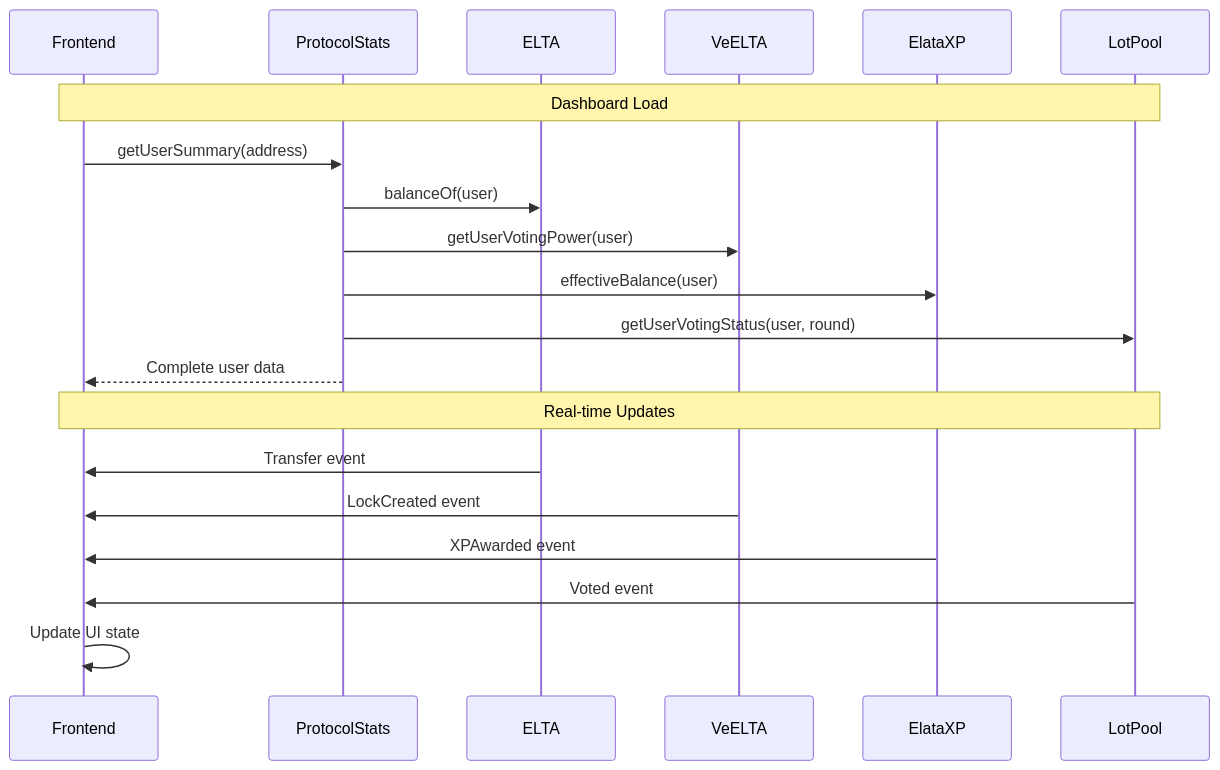
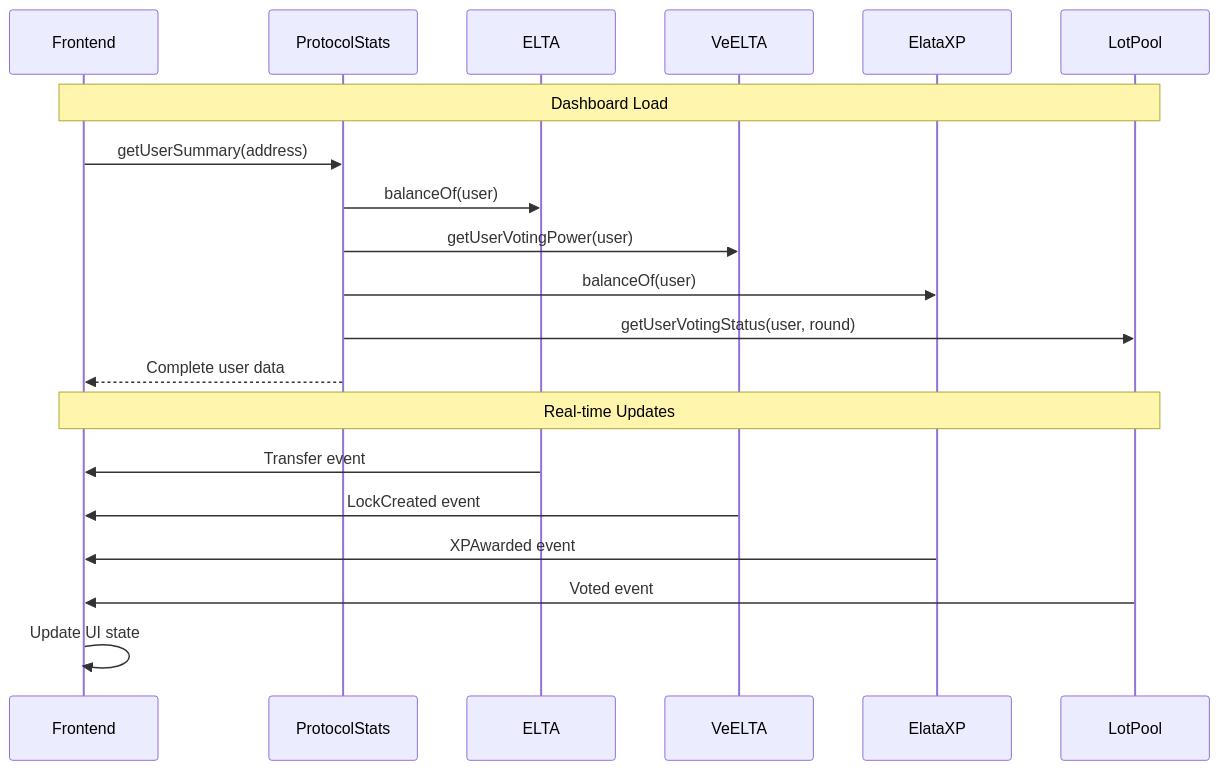
One commit to Elata-Biosciences/elata-protocol changed the eighth of 22 diagrams in docs/ARCHITECTURE.md. Above: the diagram before and after it, drawn with Mermaid. The commit also changed other lines of this file and 10 other files, not shown here.

````diff
--- a/docs/ARCHITECTURE.md
+++ b/docs/ARCHITECTURE.md
@@ -285,25 +283,25 @@
 ```mermaid
 sequenceDiagram
     participant Frontend
     participant ProtocolStats
     participant ELTA
     participant VeELTA
     participant ElataXP
     participant LotPool
     
     Note over Frontend, LotPool: Dashboard Load
     Frontend->>ProtocolStats: getUserSummary(address)
     ProtocolStats->>ELTA: balanceOf(user)
     ProtocolStats->>VeELTA: getUserVotingPower(user)
-    ProtocolStats->>ElataXP: effectiveBalance(user)
+    ProtocolStats->>ElataXP: balanceOf(user)
     ProtocolStats->>LotPool: getUserVotingStatus(user, round)
     ProtocolStats-->>Frontend: Complete user data
     
     Note over Frontend, LotPool: Real-time Updates
     ELTA->>Frontend: Transfer event
     VeELTA->>Frontend: LockCreated event
     ElataXP->>Frontend: XPAwarded event
     LotPool->>Frontend: Voted event
     
     Frontend->>Frontend: Update UI state
 ```
````
